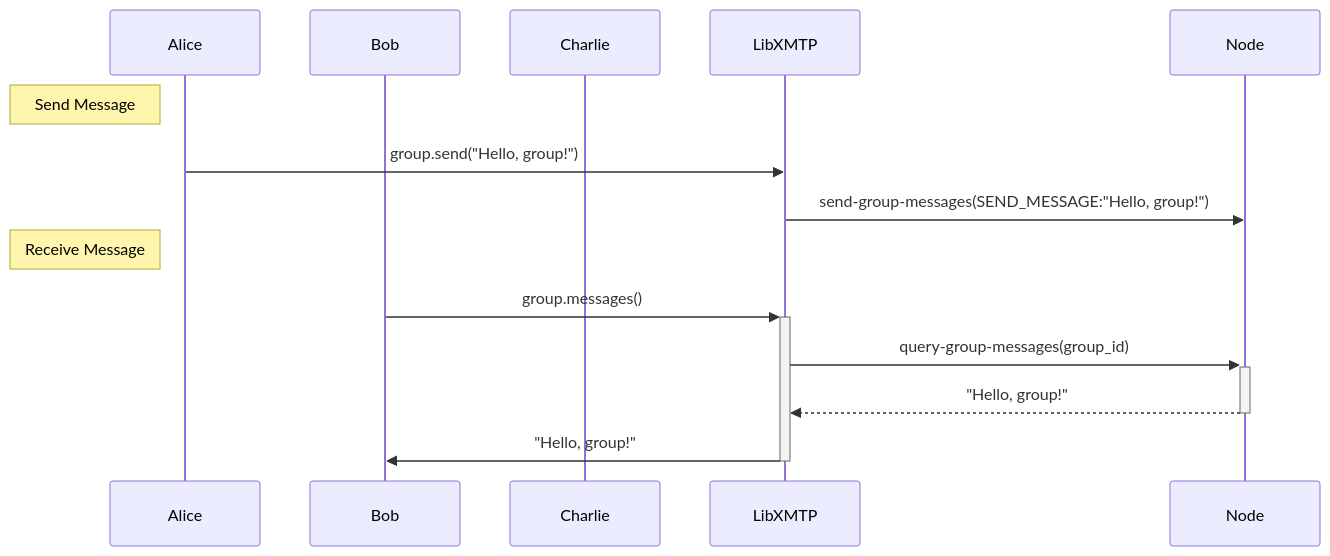
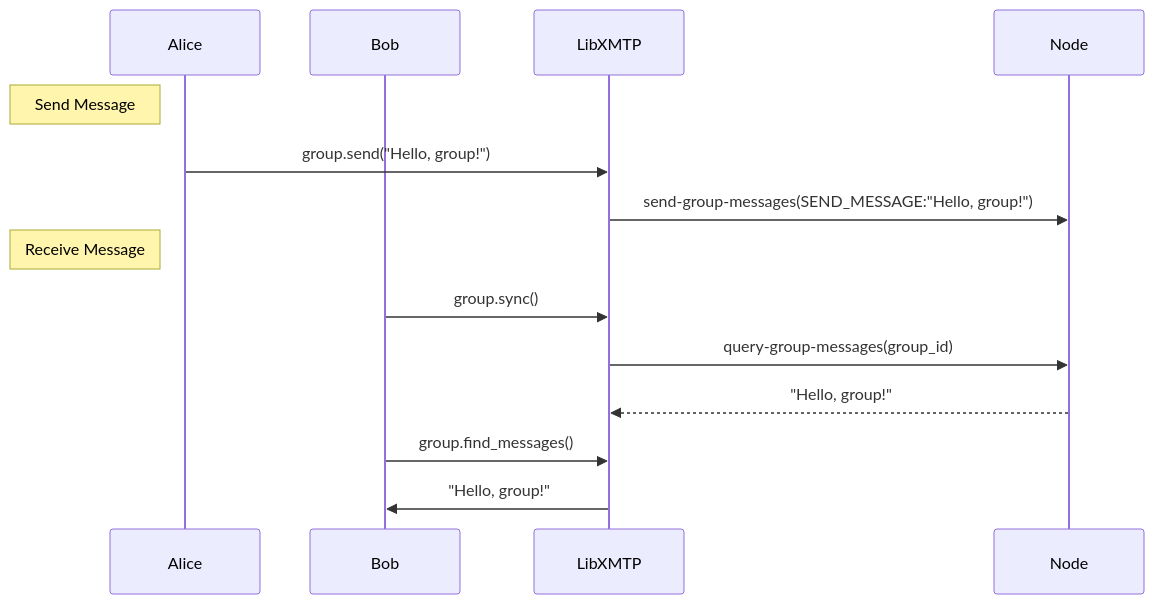
One commit to xmtp/libxmtp changed the second of 4 diagrams in diagrams/diagrams.md. Above: the diagram before and after it, drawn with Mermaid. The commit also changed other lines of this file and 5 other files, not shown here.

````diff
--- a/diagrams/diagrams.md
+++ b/diagrams/diagrams.md
@@ -59,18 +71,18 @@
 ```mermaid
 sequenceDiagram
     participant Alice
     participant Bob
-    participant Charlie
     participant LibXMTP
     participant Node
 
     Note left of Alice: Send Message
     Alice->>LibXMTP: group.send("Hello, group!")
     LibXMTP->>Node: send-group-messages(SEND_MESSAGE:"Hello, group!")
 
     Note left of Alice: Receive Message
-    Bob->>+LibXMTP: group.messages()
-    LibXMTP->>+Node: query-group-messages(group_id)
-    Node-->>-LibXMTP: "Hello, group!"
-    LibXMTP->>-Bob: "Hello, group!"
+    Bob->>LibXMTP: group.sync()
+    LibXMTP->>Node: query-group-messages(group_id)
+    Node-->>LibXMTP: "Hello, group!"
+    Bob->>LibXMTP: group.find_messages()
+    LibXMTP->>Bob: "Hello, group!"
 ```
````
